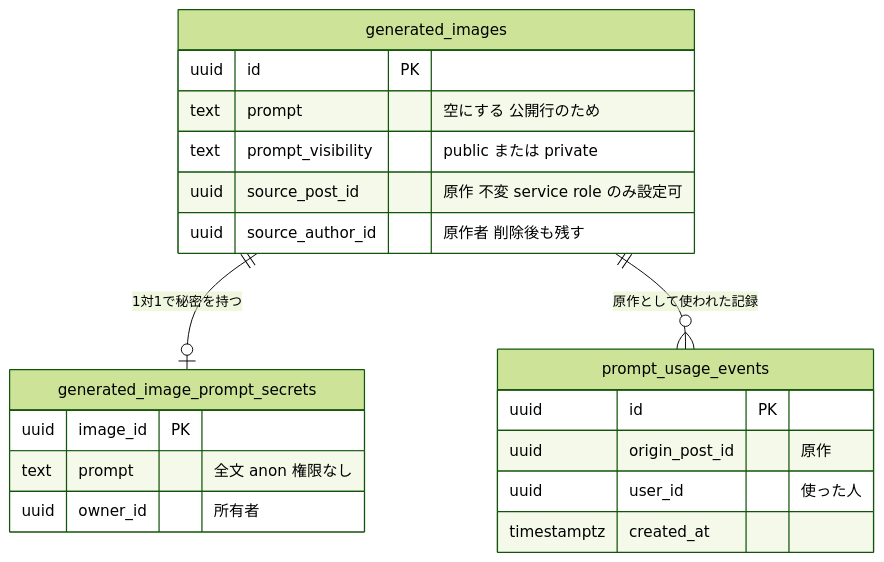
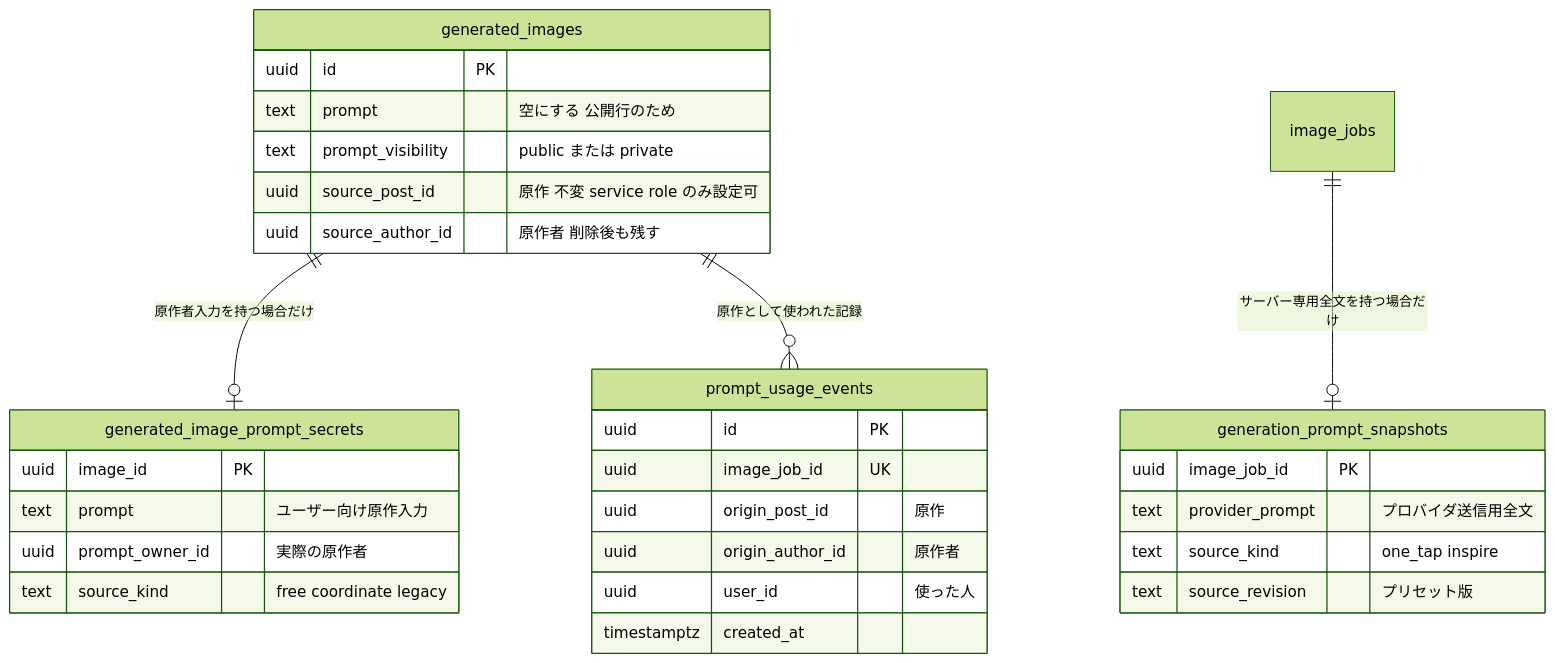
The fifth of 6 diagrams in docs/planning/free-prompt-private-mode-implementation-plan.md (3balljugglerYu/ai_coordinate), drawn with Mermaid (forest theme) before and after one commit. The commit also changed other lines of this file, not shown here.

Commit message:
docs(plan): harden private prompt rollout plan

````diff
--- a/docs/planning/free-prompt-private-mode-implementation-plan.md
+++ b/docs/planning/free-prompt-private-mode-implementation-plan.md
@@ -200,23 +231,33 @@
 ```mermaid
 erDiagram
-    generated_images ||--o| generated_image_prompt_secrets : "1対1で秘密を持つ"
+    generated_images ||--o| generated_image_prompt_secrets : "原作者入力を持つ場合だけ"
+    image_jobs ||--o| generation_prompt_snapshots : "サーバー専用全文を持つ場合だけ"
     generated_images ||--o{ prompt_usage_events : "原作として使われた記録"
     generated_image_prompt_secrets {
         uuid image_id PK
-        text prompt "全文 anon 権限なし"
-        uuid owner_id "所有者"
+        text prompt "ユーザー向け原作入力"
+        uuid prompt_owner_id "実際の原作者"
+        text source_kind "free coordinate legacy"
+    }
+    generation_prompt_snapshots {
+        uuid image_job_id PK
+        text provider_prompt "プロバイダ送信用全文"
+        text source_kind "one_tap inspire"
+        text source_revision "プリセット版"
     }
     generated_images {
         uuid id PK
         text prompt "空にする 公開行のため"
         text prompt_visibility "public または private"
         uuid source_post_id "原作 不変 service role のみ設定可"
         uuid source_author_id "原作者 削除後も残す"
     }
     prompt_usage_events {
         uuid id PK
+        uuid image_job_id UK
         uuid origin_post_id "原作"
+        uuid origin_author_id "原作者"
         uuid user_id "使った人"
         timestamptz created_at
     }
 ```
````
